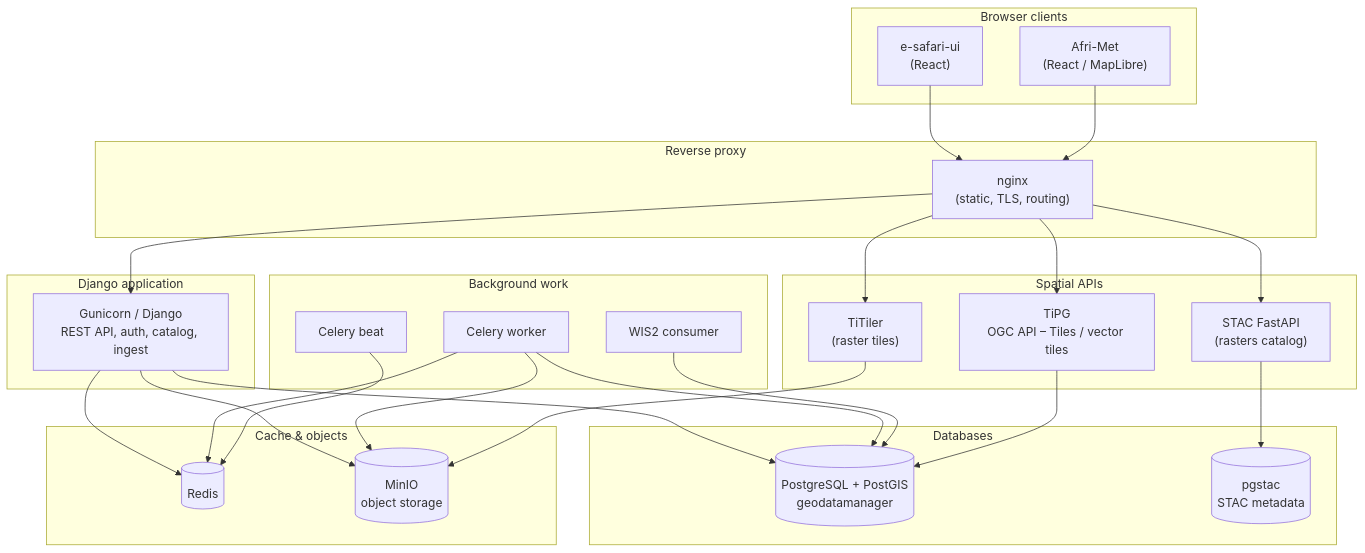
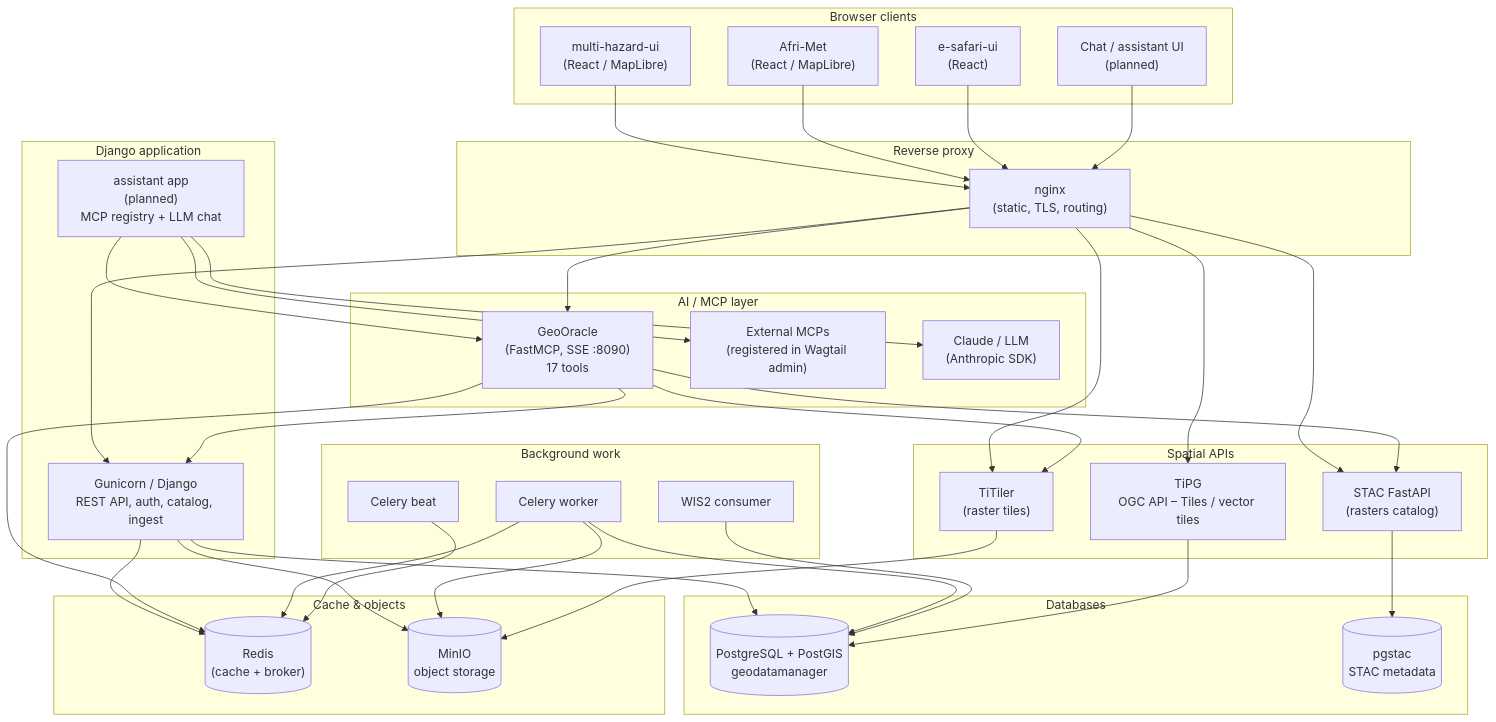
One commit to ACMAD-Niamey/data-infrastructure changed the diagram in docs/architecture.md. Above: the diagram before and after it, drawn with Mermaid. The commit also changed other lines of this file and 5 other files, not shown here.

````diff
--- a/docs/architecture.md
+++ b/docs/architecture.md
@@ -7,58 +7,80 @@
 ```mermaid
 flowchart TB
   subgraph Clients["Browser clients"]
+    MHZ["multi-hazard-ui\n(React / MapLibre)"]
+    AFRI["Afri-Met\n(React / MapLibre)"]
     ESUI["e-safari-ui\n(React)"]
-    AFRI["Afri-Met\n(React / MapLibre)"]
+    CHAT["Chat / assistant UI\n(planned)"]
   end
 
   subgraph Edge["Reverse proxy"]
     NGX["nginx\n(static, TLS, routing)"]
   end
 
   subgraph App["Django application"]
     WEB["Gunicorn / Django\nREST API, auth, catalog, ingest"]
+    ASS["assistant app\n(planned)\nMCP registry + LLM chat"]
+  end
+
+  subgraph MCP["AI / MCP layer"]
+    GEO["GeoOracle\n(FastMCP, SSE :8090)\n17 tools"]
+    EXT["External MCPs\n(registered in Wagtail admin)"]
+    LLM["Claude / LLM\n(Anthropic SDK)"]
   end
 
   subgraph Async["Background work"]
     CEL["Celery worker"]
     BEAT["Celery beat"]
     WIS["WIS2 consumer"]
   end
 
   subgraph CacheStore["Cache & objects"]
-    REDIS[("Redis")]
+    REDIS[("Redis\n(cache + broker)")]
     MINIO[("MinIO\nobject storage")]
   end
 
   subgraph SpatialAPI["Spatial APIs"]
     TIPG["TiPG\nOGC API – Tiles / vector tiles"]
     STAC["STAC FastAPI\n(rasters catalog)"]
     TILI["TiTiler\n(raster tiles)"]
   end
 
   subgraph Data["Databases"]
     PG[("PostgreSQL + PostGIS\ngeodatamanager")]
     PGSTAC[("pgstac\nSTAC metadata")]
   end
 
+  MHZ --> NGX
+  AFRI --> NGX
   ESUI --> NGX
-  AFRI --> NGX
+  CHAT --> NGX
+
   NGX --> WEB
   NGX --> TIPG
   NGX --> STAC
   NGX --> TILI
+  NGX --> GEO
 
   WEB --> PG
   WEB --> REDIS
   WEB --> MINIO
+
+  ASS --> LLM
+  ASS --> GEO
+  ASS --> EXT
+
+  GEO --> WEB
+  GEO --> STAC
+  GEO --> TILI
+  GEO --> REDIS
 
   CEL --> PG
   CEL --> REDIS
   CEL --> MINIO
   BEAT --> REDIS
   WIS --> PG
 
   TIPG --> PG
   STAC --> PGSTAC
   TILI --> MINIO
 ```
````
